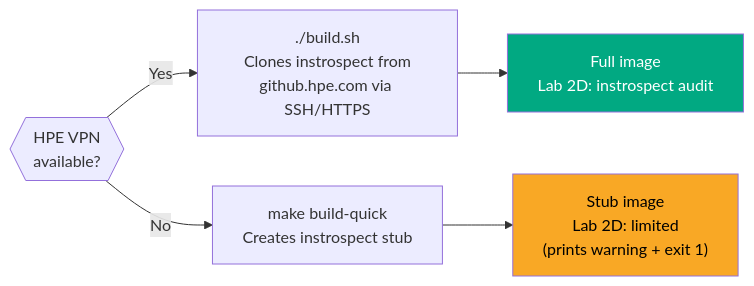
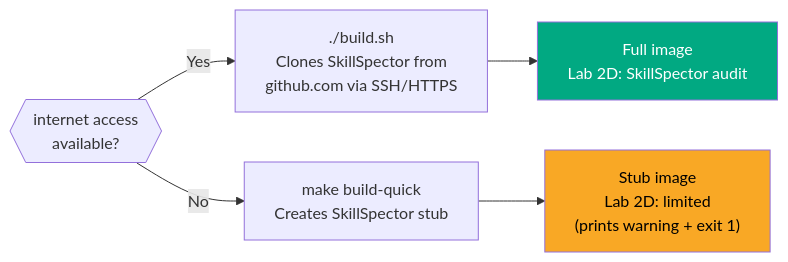
Before and after one commit to jbsparks/hackshack-openwork-poc: the third of 14 diagrams in ARCHITECTURE.md, drawn with Mermaid. The commit also changed other lines of this file and 23 other files, not shown here.

Commit message:
Replace instrospect and add Lab 5

````diff
--- a/ARCHITECTURE.md
+++ b/ARCHITECTURE.md
@@ -91,11 +91,11 @@
 ```mermaid
 graph LR
-    A{{"HPE VPN<br/>available?"}}
-    A -->|Yes| B["./build.sh<br/>Clones instrospect from<br/>github.hpe.com via SSH/HTTPS"]
-    A -->|No| C["make build-quick<br/>Creates instrospect stub"]
-    B --> D["Full image<br/>Lab 2D: instrospect audit"]
+    A{{"internet access<br/>available?"}}
+    A -->|Yes| B["./build.sh<br/>Clones SkillSpector from<br/>github.com via SSH/HTTPS"]
+    A -->|No| C["make build-quick<br/>Creates SkillSpector stub"]
+    B --> D["Full image<br/>Lab 2D: SkillSpector audit"]
     C --> E["Stub image<br/>Lab 2D: limited<br/>(prints warning + exit 1)"]
 
     style D fill:#01A982,color:#fff
     style E fill:#f9a825,color:#000
 ```
````
